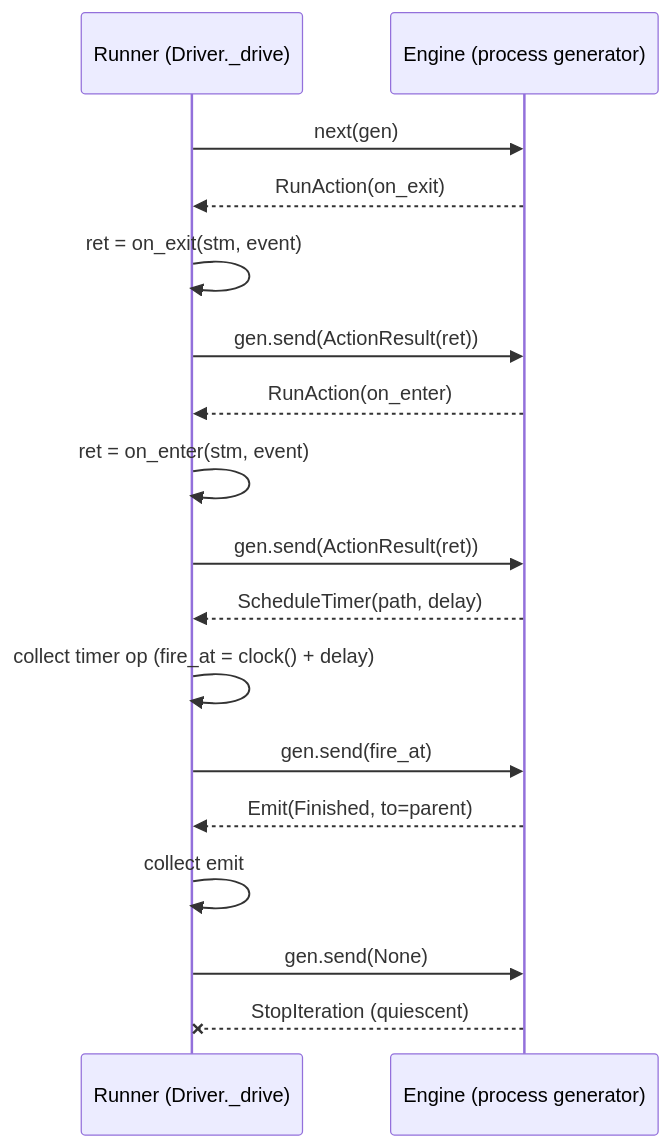
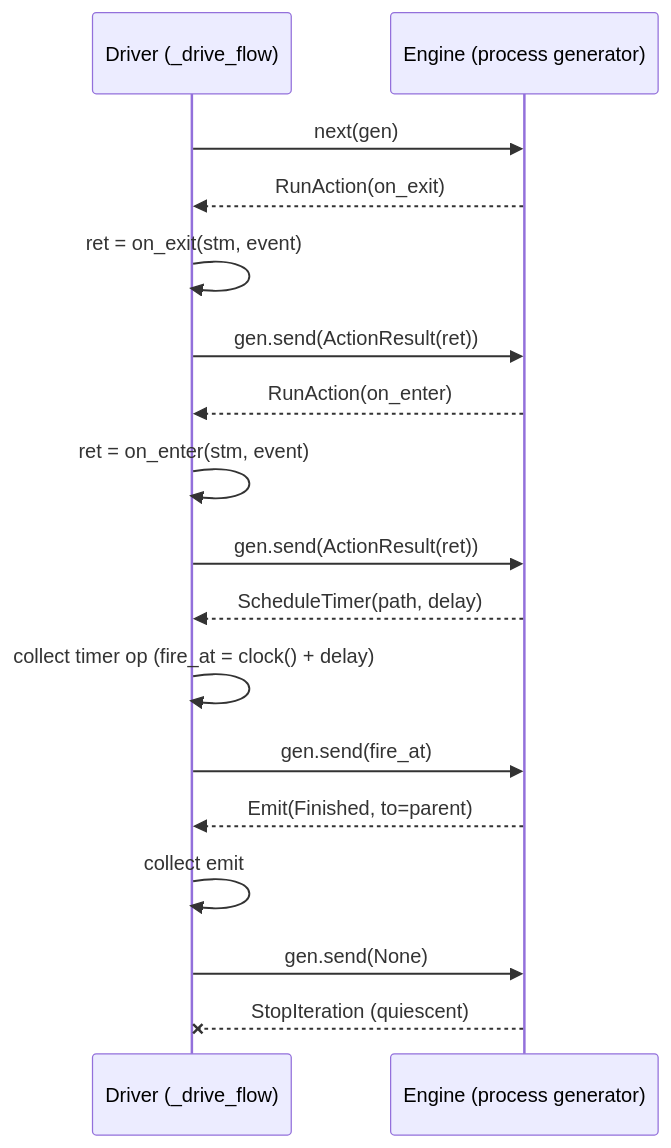
The second of 6 diagrams in docs/guide/architecture.md (acasadom/harel), drawn with Mermaid before and after one commit. The commit also changed other lines of this file and 7 other files, not shown here.

First line of the commit message:
docs: the execution models with sequence diagrams; the guides describe the driver as flows

````diff
--- a/docs/guide/architecture.md
+++ b/docs/guide/architecture.md
@@ -115,19 +115,19 @@
 ```{mermaid}
 sequenceDiagram
-  participant R as Runner (Driver._drive)
+  participant R as Driver (_drive_flow)
   participant E as Engine (process generator)
   R->>E: next(gen)
   E-->>R: RunAction(on_exit)
   R->>R: ret = on_exit(stm, event)
   R->>E: gen.send(ActionResult(ret))
   E-->>R: RunAction(on_enter)
   R->>R: ret = on_enter(stm, event)
   R->>E: gen.send(ActionResult(ret))
   E-->>R: ScheduleTimer(path, delay)
   R->>R: collect timer op (fire_at = clock() + delay)
   R->>E: gen.send(fire_at)
   E-->>R: Emit(Finished, to=parent)
   R->>R: collect emit
   R->>E: gen.send(None)
   E--xR: StopIteration (quiescent)
 ```
````
